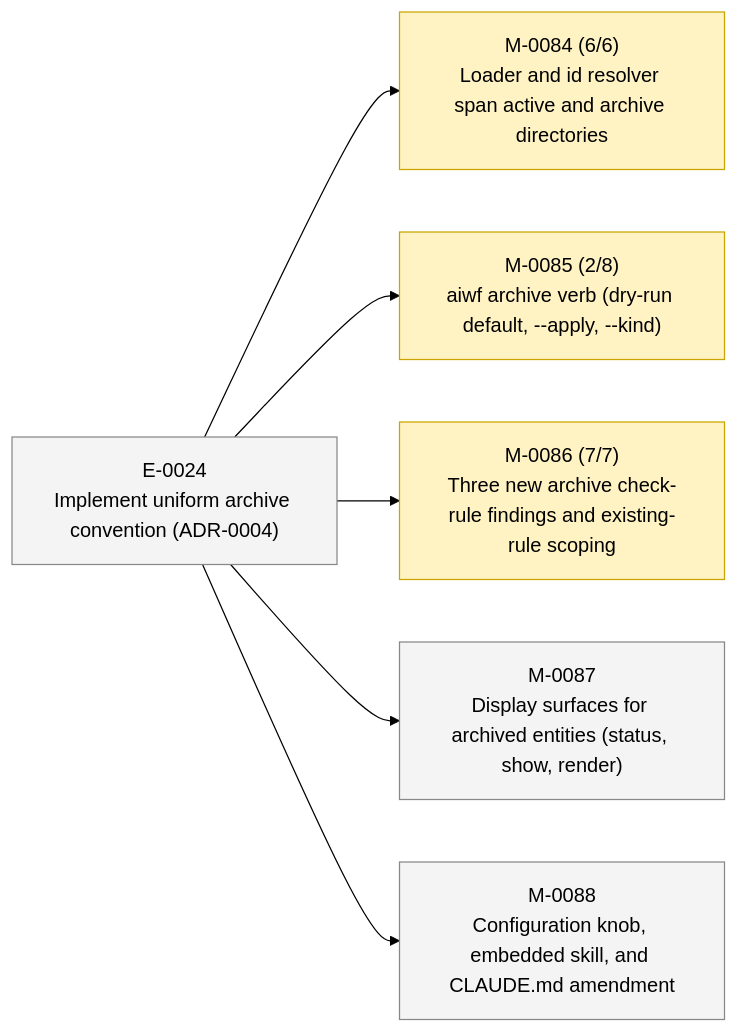
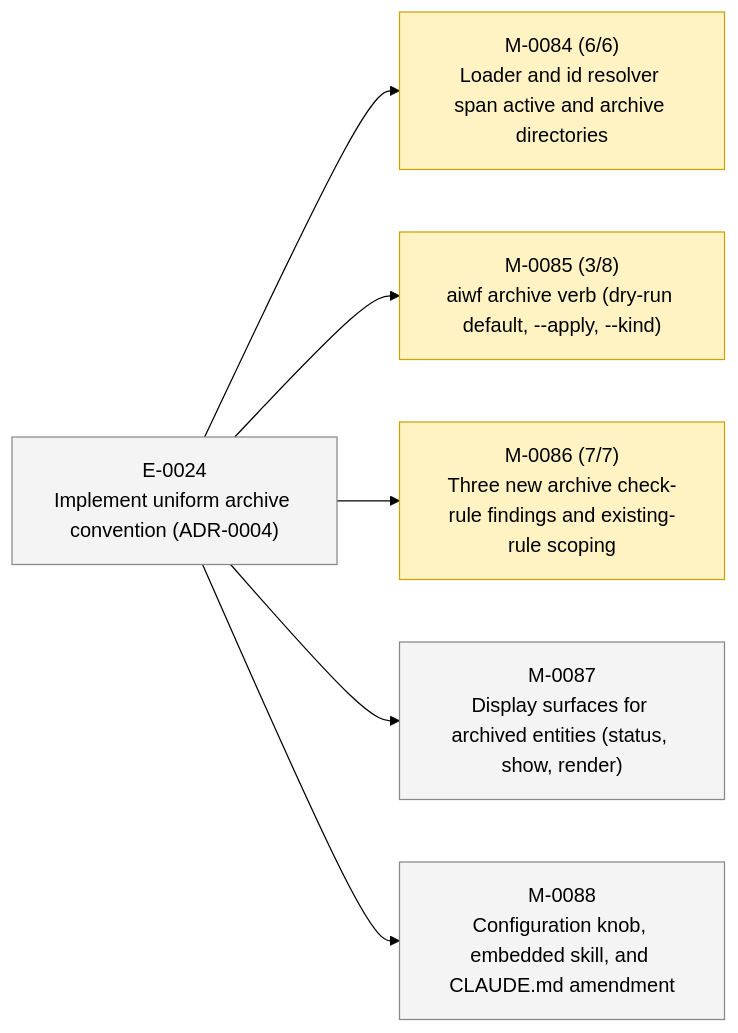
The second of 2 diagrams in STATUS.md (23min/aiwf), drawn with Mermaid (forest theme) before and after one commit. The commit also changed other lines of this file and 1 other file, not shown here.

First line of the commit message:
aiwf promote M-0085/AC-3 open -> met

````diff
--- a/STATUS.md
+++ b/STATUS.md
@@ -49,20 +49,20 @@
 ```mermaid
 flowchart LR
   E_0024["E-0024<br/>Implement uniform archive convention (ADR-0004)"]:::epic_proposed
   M_0084["M-0084 (6/6)<br/>Loader and id resolver span active and archive directories"]:::ms_in_progress
   E_0024 --> M_0084
-  M_0085["M-0085 (2/8)<br/>aiwf archive verb (dry-run default, --apply, --kind)"]:::ms_in_progress
+  M_0085["M-0085 (3/8)<br/>aiwf archive verb (dry-run default, --apply, --kind)"]:::ms_in_progress
   E_0024 --> M_0085
   M_0086["M-0086 (7/7)<br/>Three new archive check-rule findings and existing-rule scoping"]:::ms_in_progress
   E_0024 --> M_0086
   M_0087["M-0087<br/>Display surfaces for archived entities (status, show, render)"]:::ms_draft
   E_0024 --> M_0087
   M_0088["M-0088<br/>Configuration knob, embedded skill, and CLAUDE.md amendment"]:::ms_draft
   E_0024 --> M_0088
   classDef epic_active fill:#d6eaff,stroke:#1a73e8,color:#000
   classDef epic_proposed fill:#f4f4f4,stroke:#888,color:#000
   classDef ms_done fill:#d8f5d8,stroke:#2a8a2a,color:#000
   classDef ms_in_progress fill:#fff3c4,stroke:#caa400,color:#000
   classDef ms_draft fill:#f4f4f4,stroke:#888,color:#000
   classDef ms_cancelled fill:#fbeaea,stroke:#c33,color:#000
 ```
````
